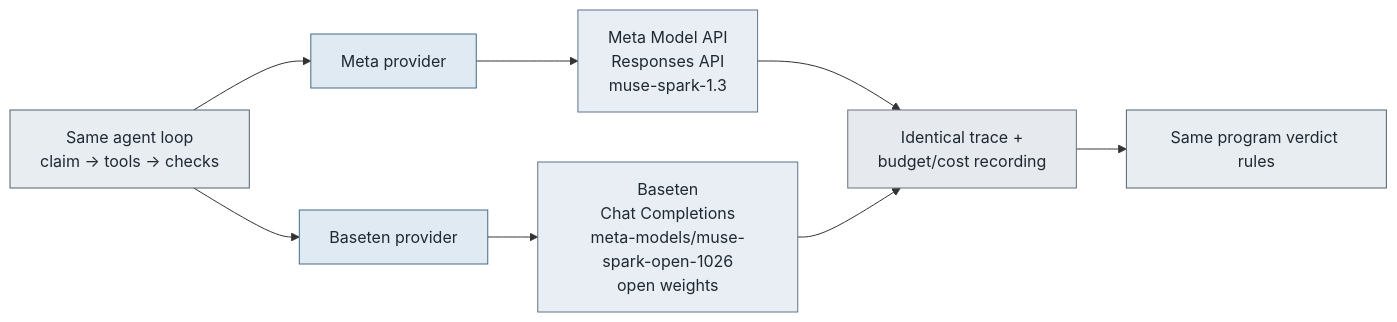
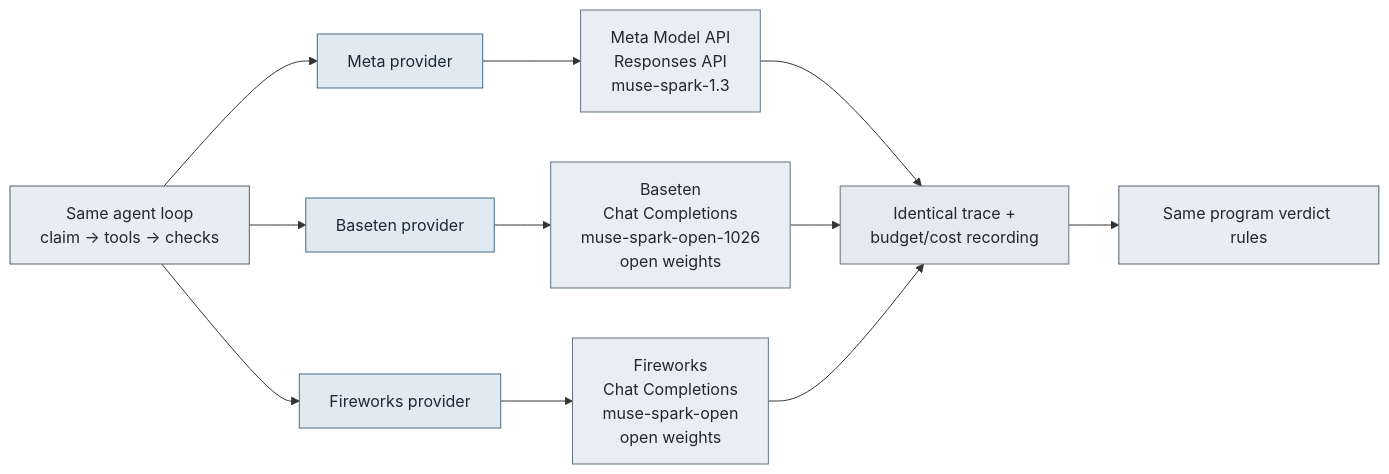
One commit to YanlongLai/market-claim-verifier changed the diagram in docs/diagrams/providers.mmd. Above: the diagram before and after it, drawn with Mermaid. The commit also changed 14 other files, not shown here.

```diff
--- a/docs/diagrams/providers.mmd
+++ b/docs/diagrams/providers.mmd
@@ -1,17 +1,20 @@
 flowchart LR
     A["Same agent loop<br/>claim → tools → checks"] --> M["Meta provider"]
     A --> B["Baseten provider"]
+    A --> F["Fireworks provider"]
     M --> MR["Meta Model API<br/>Responses API<br/>muse-spark-1.3"]
-    B --> BR["Baseten<br/>Chat Completions<br/>meta-models/muse-spark-open-1026<br/>open weights"]
+    B --> BR["Baseten<br/>Chat Completions<br/>muse-spark-open-1026<br/>open weights"]
+    F --> FR["Fireworks<br/>Chat Completions<br/>muse-spark-open<br/>open weights"]
     MR --> T["Identical trace +<br/>budget/cost recording"]
     BR --> T
+    FR --> T
     T --> V["Same program verdict rules"]
 
     classDef loop fill:#e8edf2,stroke:#52606d,color:#1f2933;
     classDef provider fill:#dfeaf3,stroke:#466a83,color:#1f2933;
     classDef api fill:#e8eef3,stroke:#617487,color:#1f2933;
     classDef audit fill:#e6e9ed,stroke:#66727e,color:#1f2933;
     class A,V loop;
-    class M,B provider;
-    class MR,BR api;
+    class M,B,F provider;
+    class MR,BR,FR api;
     class T audit;
```
